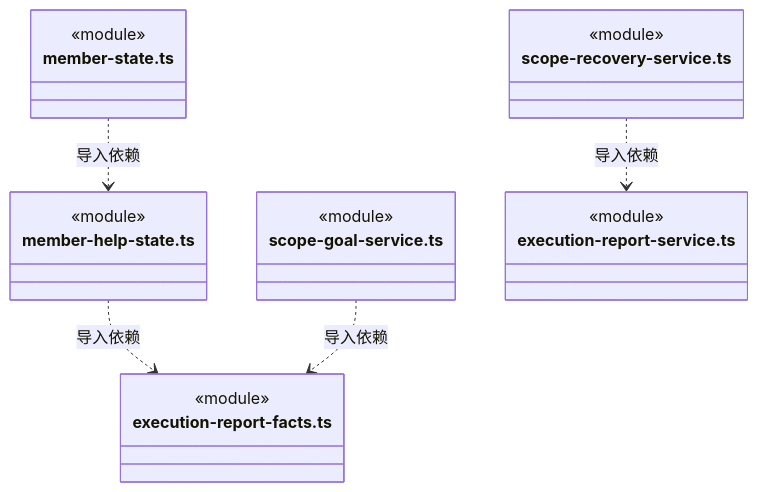
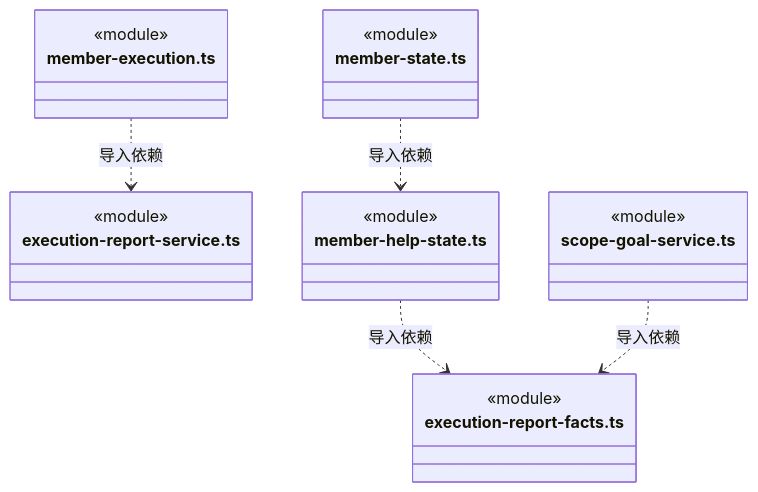
Diagram 36 of 40 in src/backend/scheduler-engine/execution/ARCHITECTURE.md (nan023062/cbim), drawn with Mermaid before and after one commit. The commit also changed other lines of this file and 46 other files, not shown here.

````diff
--- a/src/backend/scheduler-engine/execution/ARCHITECTURE.md
+++ b/src/backend/scheduler-engine/execution/ARCHITECTURE.md
@@ -960,25 +981,25 @@
 ```mermaid
 classDiagram
+class N_src_backend_scheduler_engine_execution_member_execution_ts["member-execution.ts"] {
+  <<module>>
+}
+class N_src_backend_scheduler_engine_execution_execution_report_service_ts["execution-report-service.ts"] {
+  <<module>>
+}
 class N_src_backend_scheduler_engine_execution_member_help_state_ts["member-help-state.ts"] {
   <<module>>
 }
 class N_src_backend_scheduler_engine_execution_execution_report_facts_ts["execution-report-facts.ts"] {
   <<module>>
 }
 class N_src_backend_scheduler_engine_execution_member_state_ts["member-state.ts"] {
   <<module>>
 }
 class N_src_backend_scheduler_engine_execution_scope_goal_service_ts["scope-goal-service.ts"] {
   <<module>>
 }
-class N_src_backend_scheduler_engine_execution_scope_recovery_service_ts["scope-recovery-service.ts"] {
-  <<module>>
-}
-class N_src_backend_scheduler_engine_execution_execution_report_service_ts["execution-report-service.ts"] {
-  <<module>>
-}
+N_src_backend_scheduler_engine_execution_member_execution_ts ..> N_src_backend_scheduler_engine_execution_execution_report_service_ts : 导入依赖
 N_src_backend_scheduler_engine_execution_member_help_state_ts ..> N_src_backend_scheduler_engine_execution_execution_report_facts_ts : 导入依赖
 N_src_backend_scheduler_engine_execution_member_state_ts ..> N_src_backend_scheduler_engine_execution_member_help_state_ts : 导入依赖
 N_src_backend_scheduler_engine_execution_scope_goal_service_ts ..> N_src_backend_scheduler_engine_execution_execution_report_facts_ts : 导入依赖
-N_src_backend_scheduler_engine_execution_scope_recovery_service_ts ..> N_src_backend_scheduler_engine_execution_execution_report_service_ts : 导入依赖
 ```
````
